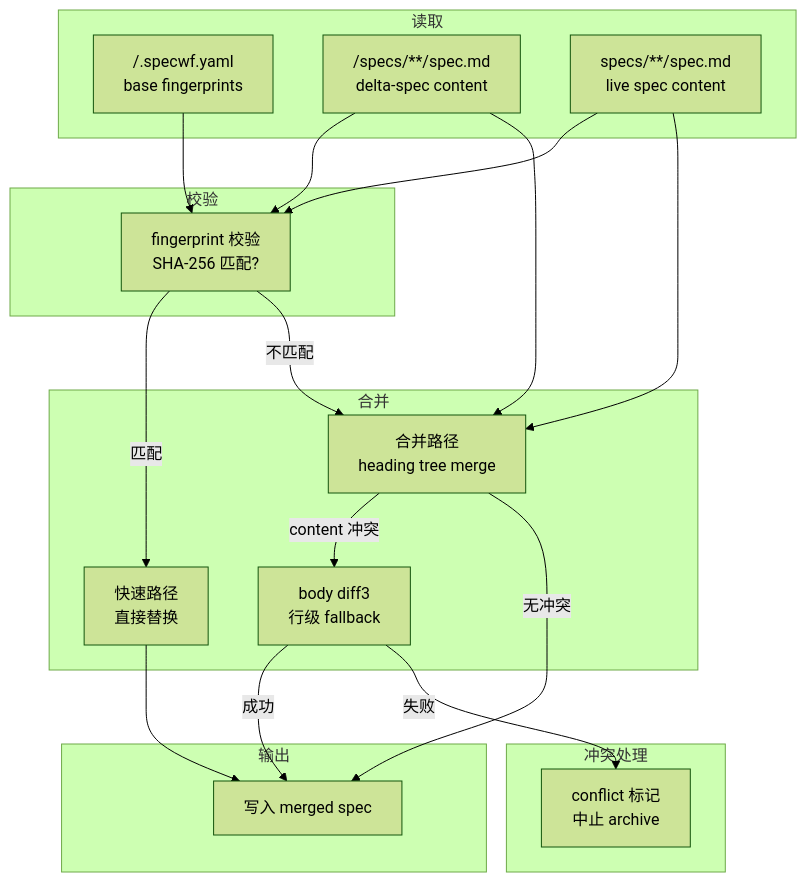
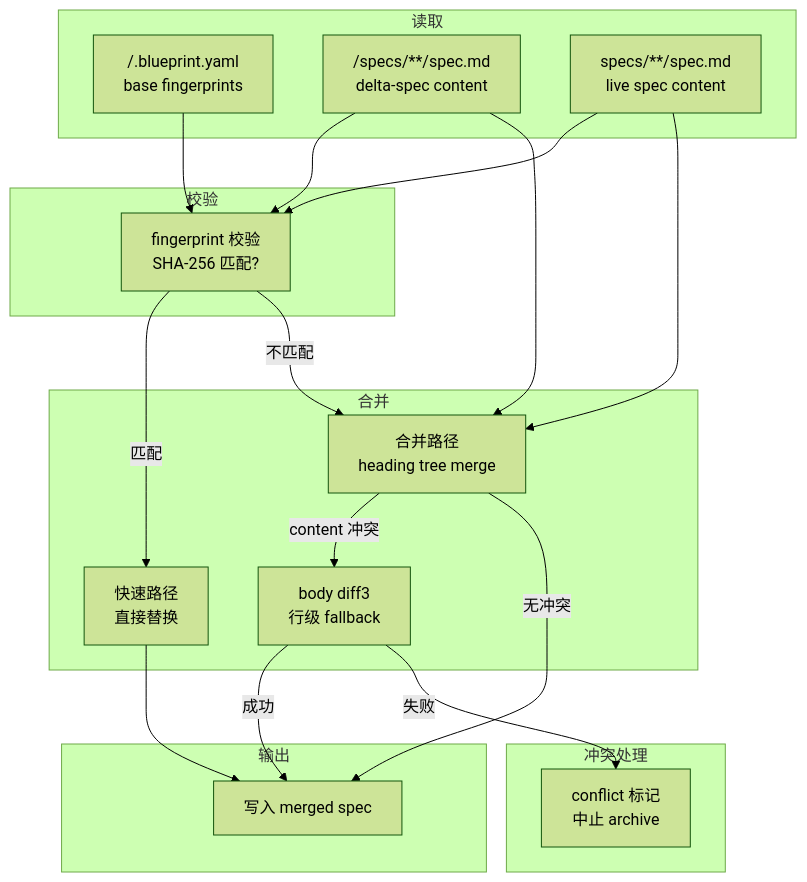
One commit to hyperion2144/blueprint changed the second of 3 diagrams in bp/research/architecture.md. Above: the diagram before and after it, drawn with Mermaid (forest theme). The commit also changed other lines of this file and 140 other files, not shown here.

````diff
--- a/bp/research/architecture.md
+++ b/bp/research/architecture.md
@@ -893,39 +893,39 @@
 ```mermaid
 flowchart TD
     subgraph 读取
-        META["<change>/.specwf.yaml<br/>base fingerprints"]
+        META["<change>/.blueprint.yaml<br/>base fingerprints"]
         DELTA["<change>/specs/**/spec.md<br/>delta-spec content"]
         LIVE["specs/**/spec.md<br/>live spec content"]
     end
     subgraph 校验
         FP_CHECK["fingerprint 校验<br/>SHA-256 匹配?"]
     end
     subgraph 合并
         DIRECT["快速路径<br/>直接替换"]
         SECTION_MERGE["合并路径<br/>heading tree merge"]
         LINE_MERGE["body diff3<br/>行级 fallback"]
     end
     subgraph 冲突处理
         CONFLICT["conflict 标记<br/>中止 archive"]
     end
     subgraph 输出
         WRITE["写入 merged spec"]
     end
 
     META --> FP_CHECK
     DELTA --> FP_CHECK
     LIVE --> FP_CHECK
 
     FP_CHECK -->|匹配| DIRECT
     FP_CHECK -->|不匹配| SECTION_MERGE
 
     DELTA --> SECTION_MERGE
     LIVE --> SECTION_MERGE
 
     SECTION_MERGE -->|content 冲突| LINE_MERGE
     LINE_MERGE -->|成功| WRITE
     LINE_MERGE -->|失败| CONFLICT
 
     SECTION_MERGE -->|无冲突| WRITE
     DIRECT --> WRITE
 ```
````
